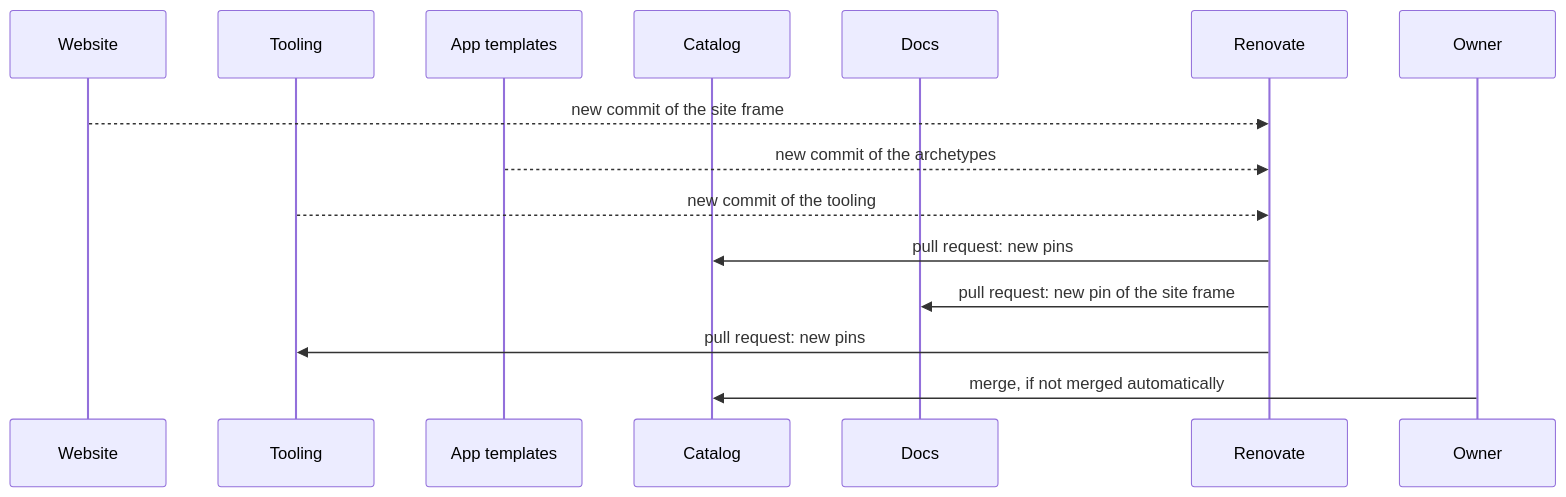
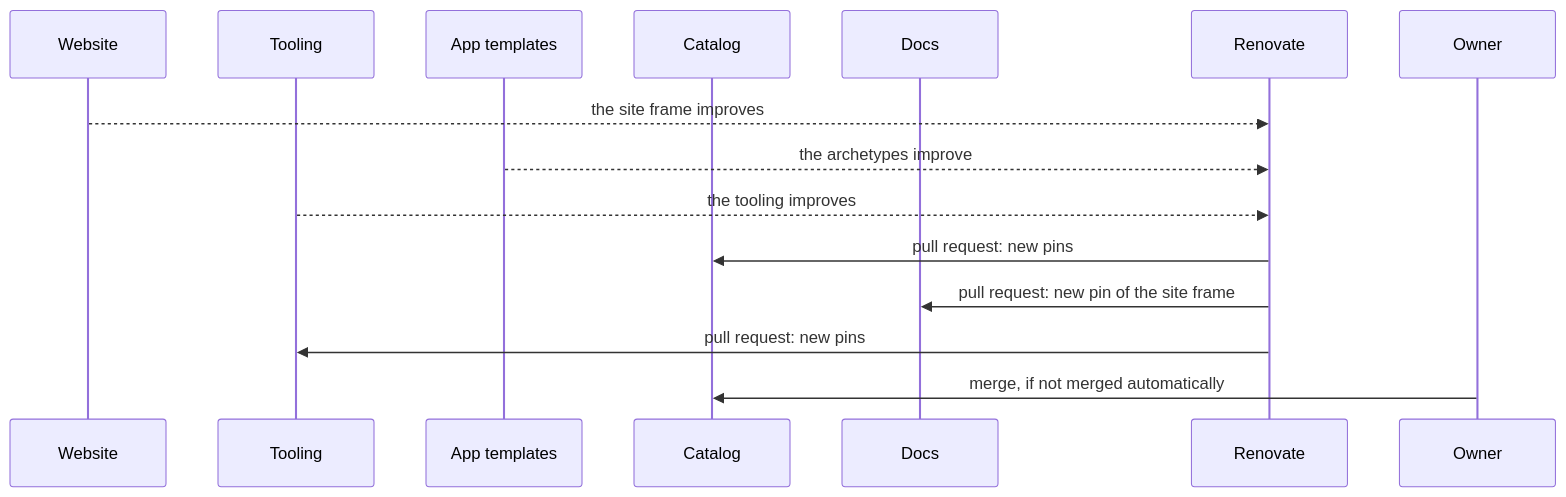
One commit to lernapps/docs changed the fifth of 6 diagrams in docs/arc42/06-runtime-view.arc42.md. Above: the diagram before and after it, drawn with Mermaid. The commit also changed other lines of this file and 6 other files, not shown here.

````diff
--- a/docs/arc42/06-runtime-view.arc42.md
+++ b/docs/arc42/06-runtime-view.arc42.md
@@ -199,17 +199,17 @@
 ```mermaid
 sequenceDiagram
     participant website as Website
     participant tooling as Tooling
     participant templates as App templates
     participant catalog as Catalog
     participant docs as Docs
     participant renovate as Renovate
     participant owner as Owner
-    website-->>renovate: new commit of the site frame
-    templates-->>renovate: new commit of the archetypes
-    tooling-->>renovate: new commit of the tooling
+    website-->>renovate: the site frame improves
+    templates-->>renovate: the archetypes improve
+    tooling-->>renovate: the tooling improves
     renovate->>catalog: pull request: new pins
     renovate->>docs: pull request: new pin of the site frame
     renovate->>tooling: pull request: new pins
     owner->>catalog: merge, if not merged automatically
 ```
````
